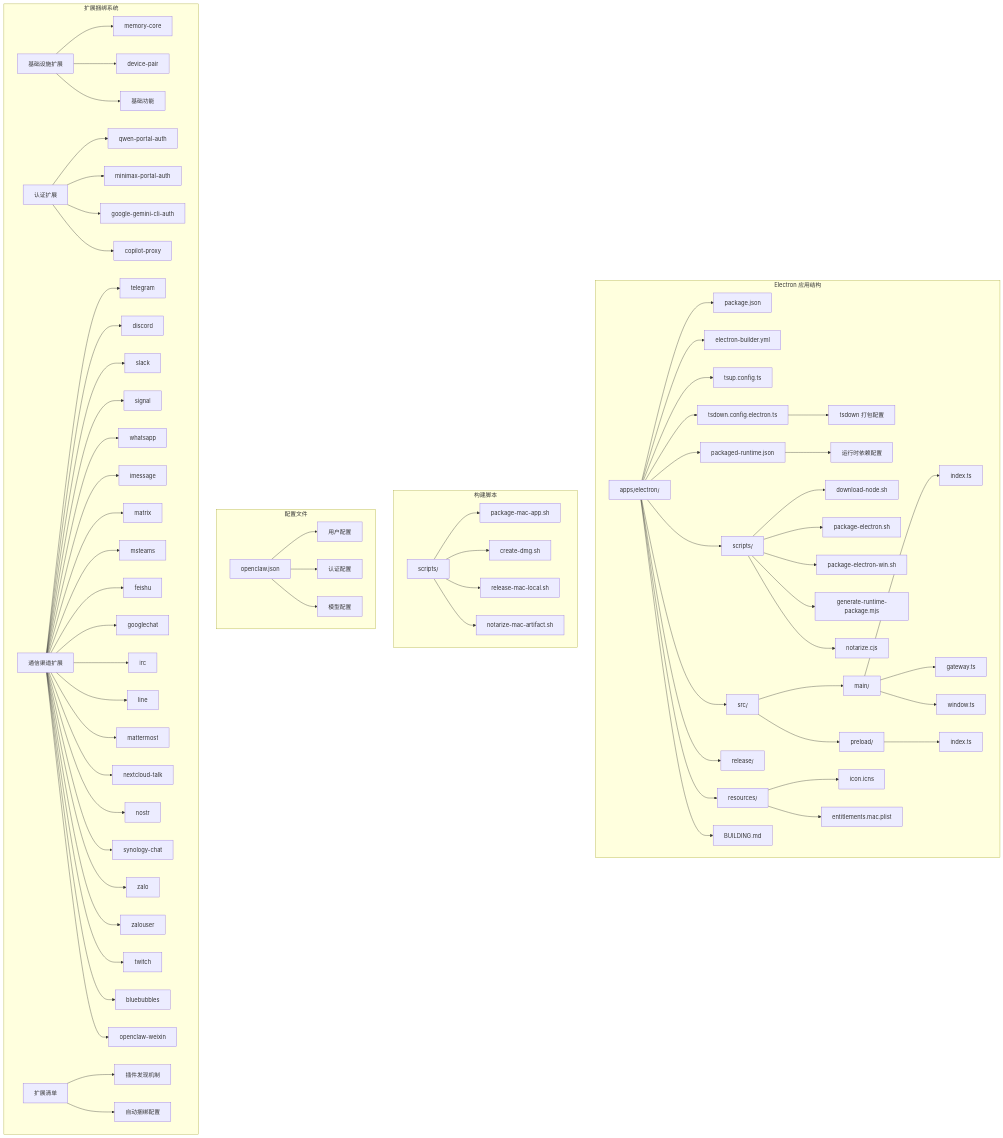
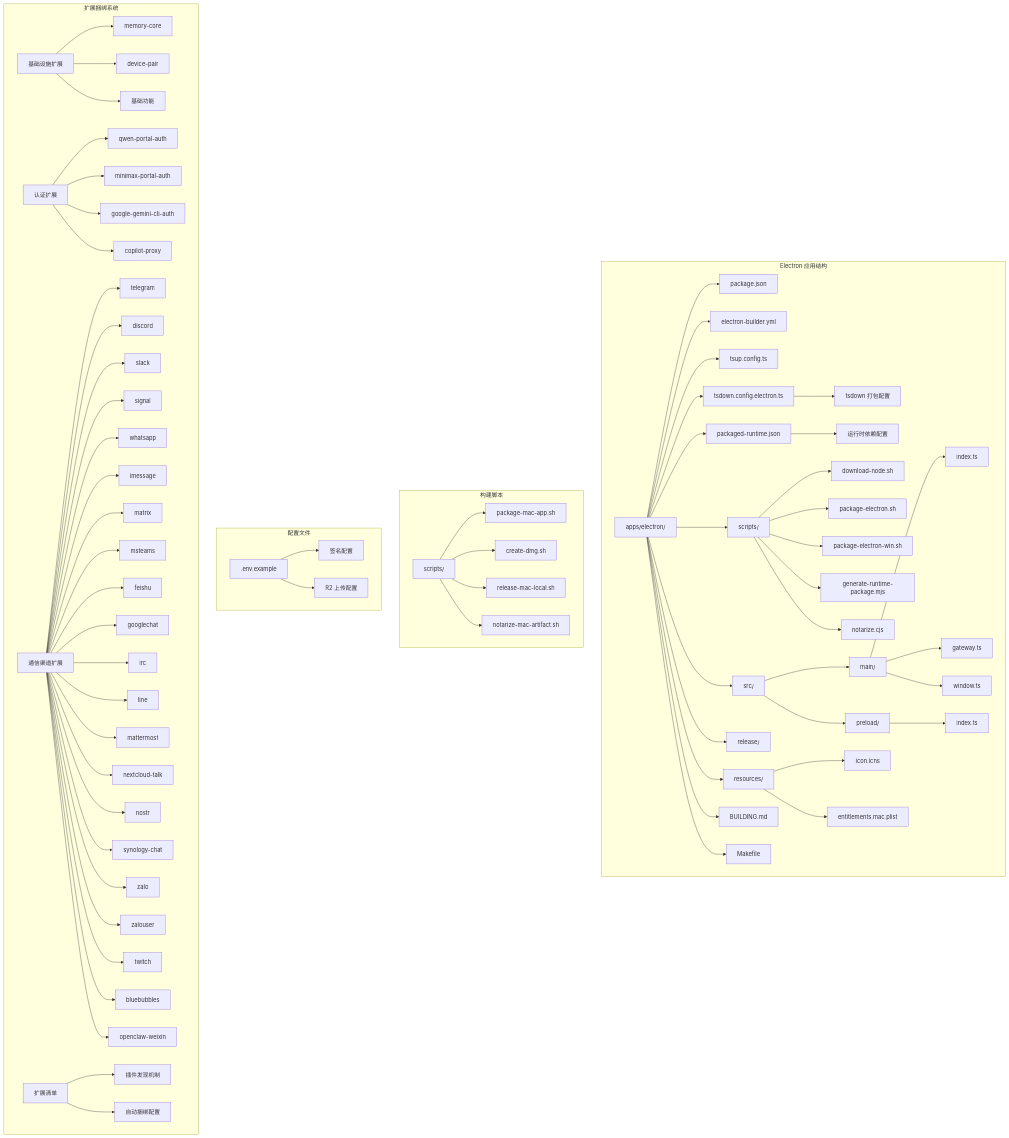
The first of 23 diagrams in .qoder/repowiki/zh/content/Electron Packaging Configuration.md (verse-ai-org/openclaw), drawn with Mermaid before and after one commit. The commit also changed other lines of this file and 9 other files, not shown here.

````diff
--- a/.qoder/repowiki/zh/content/Electron Packaging Configuration.md
+++ b/.qoder/repowiki/zh/content/Electron Packaging Configuration.md
@@ -93,73 +89,73 @@
 ```mermaid
 graph TB
 subgraph "Electron 应用结构"
 A[apps/electron/] --> B[package.json]
 A --> C[electron-builder.yml]
 A --> D[tsup.config.ts]
 A --> E[tsdown.config.electron.ts]
 A --> F[packaged-runtime.json]
 A --> G[src/]
 A --> H[resources/]
 A --> I[release/]
 A --> J[scripts/]
 A --> K[BUILDING.md]
-E --> L[tsdown 打包配置]
-F --> M[运行时依赖配置]
-J --> N[download-node.sh]
-J --> O[package-electron.sh]
-J --> P[package-electron-win.sh]
-J --> Q[generate-runtime-package.mjs]
-J --> R[notarize.cjs]
-G --> S[main/]
-G --> T[preload/]
-S --> U[index.ts]
-S --> V[gateway.ts]
-S --> W[window.ts]
-T --> X[index.ts]
-H --> Y[icon.icns]
-H --> Z[entitlements.mac.plist]
+A --> L[Makefile]
+E --> M[tsdown 打包配置]
+F --> N[运行时依赖配置]
+J --> O[download-node.sh]
+J --> P[package-electron.sh]
+J --> Q[package-electron-win.sh]
+J --> R[generate-runtime-package.mjs]
+J --> S[notarize.cjs]
+G --> T[main/]
+G --> U[preload/]
+T --> V[index.ts]
+T --> W[gateway.ts]
+T --> X[window.ts]
+U --> Y[index.ts]
+H --> Z[icon.icns]
+H --> AA[entitlements.mac.plist]
 end
 subgraph "构建脚本"
-AA[scripts/] --> AB[package-mac-app.sh]
-AA --> AC[create-dmg.sh]
-AA --> AD[release-mac-local.sh]
-AA --> AE[notarize-mac-artifact.sh]
+AB[scripts/] --> AC[package-mac-app.sh]
+AB --> AD[create-dmg.sh]
+AB --> AE[release-mac-local.sh]
+AB --> AF[notarize-mac-artifact.sh]
 end
 subgraph "配置文件"
-AF[openclaw.json] --> AG[用户配置]
-AF --> AH[认证配置]
-AF --> AI[模型配置]
+AG[.env.example] --> AH[签名配置]
+AG --> AI[R2 上传配置]
 end
 subgraph "扩展捆绑系统"
 AJ[基础设施扩展] --> AK[memory-core]
 AJ --> AL[device-pair]
 AJ --> AM[基础功能]
 AN[认证扩展] --> AO[qwen-portal-auth]
 AN --> AP[minimax-portal-auth]
 AN --> AQ[google-gemini-cli-auth]
 AN --> AR[copilot-proxy]
 AS[通信渠道扩展] --> AT[telegram]
 AS --> AU[discord]
 AS --> AV[slack]
 AS --> AW[signal]
 AS --> AX[whatsapp]
 AS --> AY[imessage]
 AS --> AZ[matrix]
 AS --> BA[msteams]
 AS --> BB[feishu]
 AS --> BC[googlechat]
 AS --> BD[irc]
 AS --> BE[line]
 AS --> BF[mattermost]
 AS --> BG[nextcloud-talk]
 AS --> BH[nostr]
 AS --> BI[synology-chat]
 AS --> BJ[zalo]
 AS --> BK[zalouser]
 AS --> BL[twitch]
 AS --> BM[bluebubbles]
 AS --> BN[openclaw-weixin]
 BV[扩展清单] --> BW[插件发现机制]
 BV --> BX[自动捆绑配置]
 end
 ```
````
